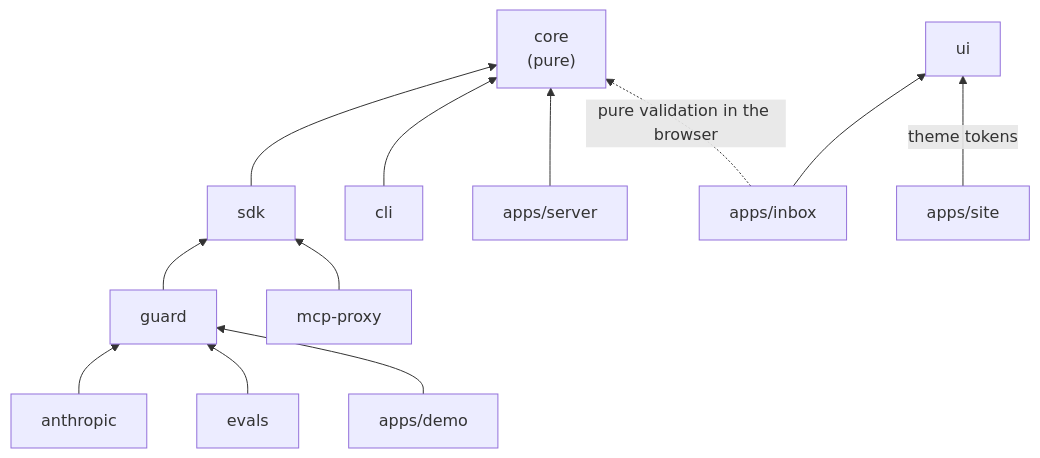
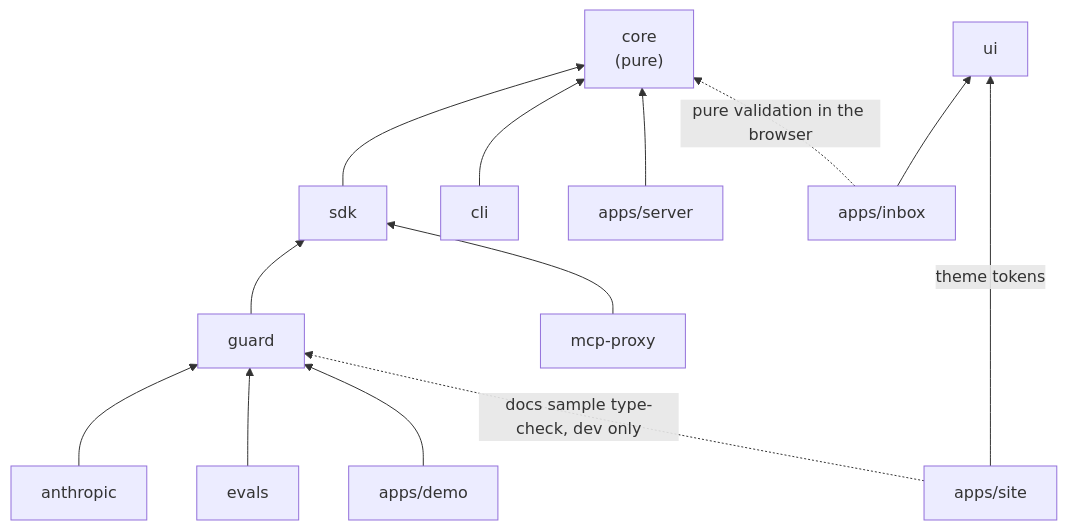
Before and after one commit to AbdullahMukadam/intentlock: the diagram in docs/STRUCTURE.md, drawn with Mermaid. The commit also changed other lines of this file and 51 other files, not shown here.

````diff
--- a/docs/STRUCTURE.md
+++ b/docs/STRUCTURE.md
@@ -517,15 +532,16 @@
 ```mermaid
 flowchart BT
     core["core<br/>(pure)"]
     sdk --> core
     guard --> sdk
     anthropic --> guard
     cli --> core
     evals --> guard
     mcp["mcp-proxy"] --> sdk
     server["apps/server"] --> core
     demo["apps/demo"] --> guard
     inbox["apps/inbox"] -.->|pure validation in the browser| core
     inbox --> ui["ui"]
     site["apps/site"] -->|theme tokens| ui
+    site -.->|docs sample type-check, dev only| guard
 ```
````
